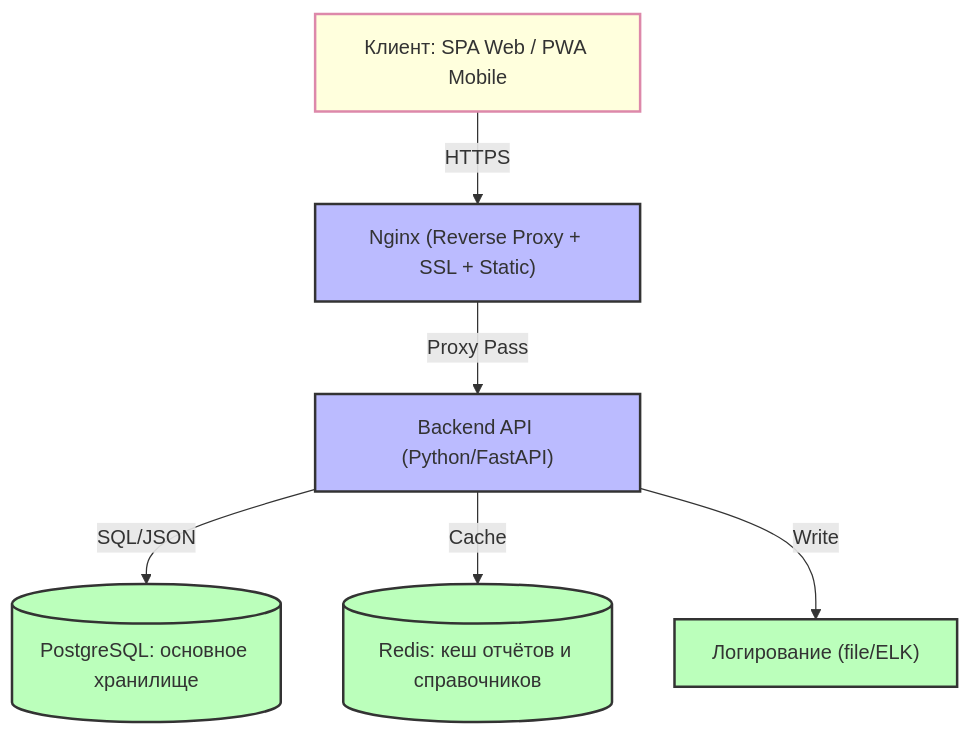
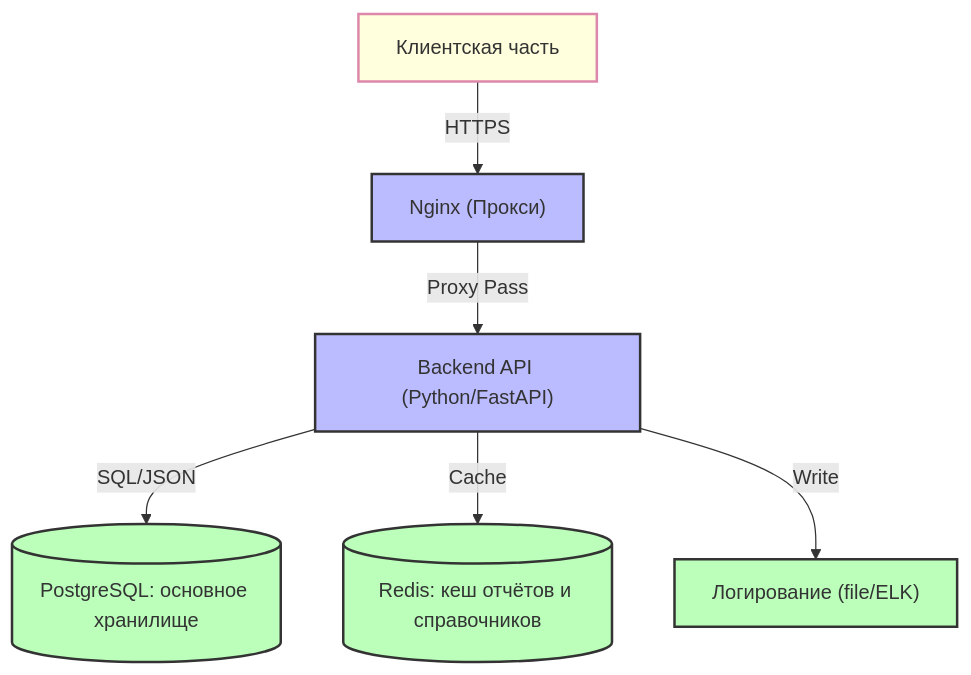
One commit to luzstrik/project-system-vvsu changed the second of 2 diagrams in 8.md. Above: the diagram before and after it, drawn with Mermaid.

````diff
--- a/8.md
+++ b/8.md
@@ -83,23 +83,23 @@
 ```mermaid
 graph TD
-    Client["Клиент: SPA Web / PWA Mobile"]
-    LB["Nginx (Reverse Proxy + SSL + Static)"]
+    Client["Клиентская часть"]
+    LB["Nginx (Прокси)"]
     API["Backend API (Python/FastAPI)"]
     DB[(PostgreSQL: основное хранилище)]
     CACHE[(Redis: кеш отчётов и справочников)]
     LOGS["Логирование (file/ELK)"]
     
     Client -->|HTTPS| LB
     LB -->|Proxy Pass| API
     API -->|SQL/JSON| DB
     API -->|Cache| CACHE
     API -->|Write| LOGS
     
     classDef client fill:#ffd,stroke:#d8a,stroke-width:2px;
     classDef server fill:#bbf,stroke:#333,stroke-width:2px;
     classDef db fill:#bfb,stroke:#333,stroke-width:2px;
     
     class Client client;
     class LB,API server;
     class DB,CACHE,LOGS db;
 ```
````
